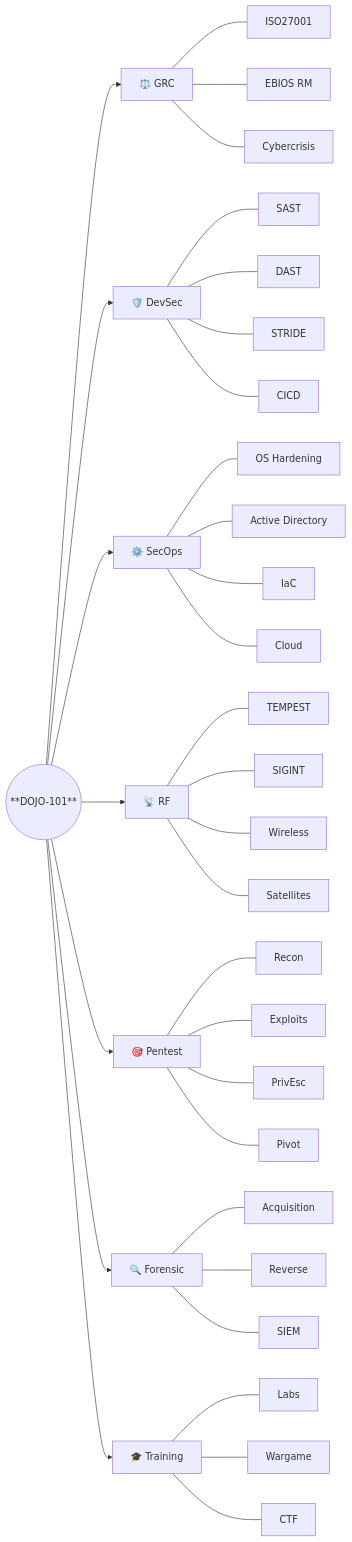
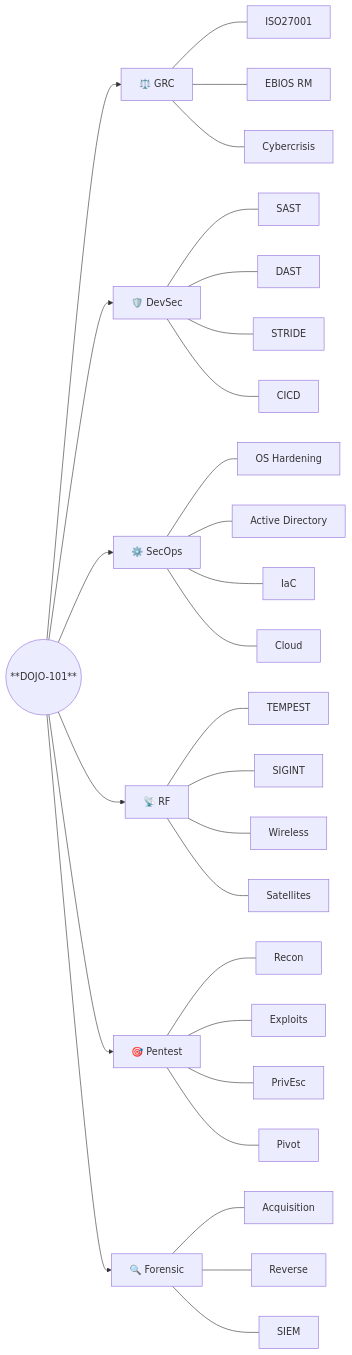
Before and after one commit to Aif4thah/Dojo-101: the diagram in README.md, drawn with Mermaid. The commit also changed other lines of this file and 53 other files, not shown here.

````diff
--- a/README.md
+++ b/README.md
@@ -57,43 +61,38 @@
 ```mermaid
 flowchart LR
     DOJO((**DOJO-101**))
 
     DOJO --> GRC["⚖️ GRC"]
     GRC --- GRC1[ISO27001]
     GRC --- GRC2[EBIOS RM]
     GRC --- GRC3[Cybercrisis]
 
     DOJO --> DevSec["🛡️ DevSec"]
     DevSec --- DS1[SAST]
     DevSec --- DS2[DAST]
     DevSec --- DS3[STRIDE]
     DevSec --- DS4[CICD]
 
     DOJO --> SecOps["⚙️ SecOps"]
     SecOps --- SO1[OS Hardening]
     SecOps --- SO2[Active Directory]
     SecOps --- SO3[IaC]
     SecOps --- SO4[Cloud]
 
     DOJO --> RF["📡 RF"]
     RF --- RF1[TEMPEST]
     RF --- RF2[SIGINT]
     RF --- RF3[Wireless]
     RF --- RF4[Satellites]
 
     DOJO --> Pentest["🎯 Pentest"]
     Pentest --- PT1[Recon]
     Pentest --- PT2[Exploits]
     Pentest --- PT3[PrivEsc]
     Pentest --- PT4[Pivot]
 
     DOJO --> Forensic["🔍 Forensic"]
     Forensic --- FO1[Acquisition]
     Forensic --- FO2[Reverse]
     Forensic --- FO3[SIEM]
-
-    DOJO --> Training["🎓 Training"]
-    Training --- TR1[Labs]
-    Training --- TR2[Wargame]
-    Training --- TR3[CTF]
 ```
````
